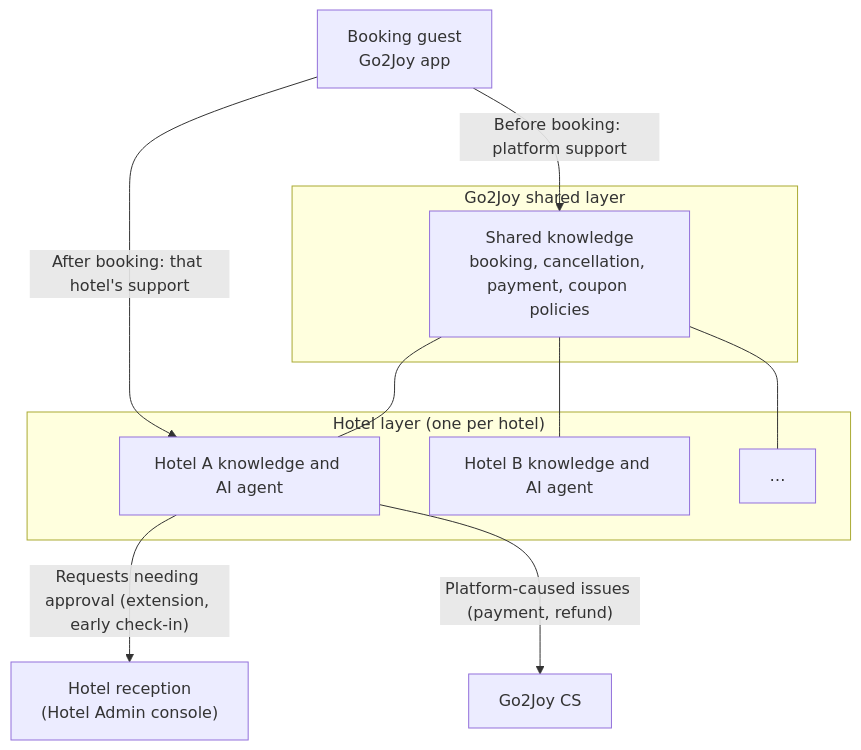
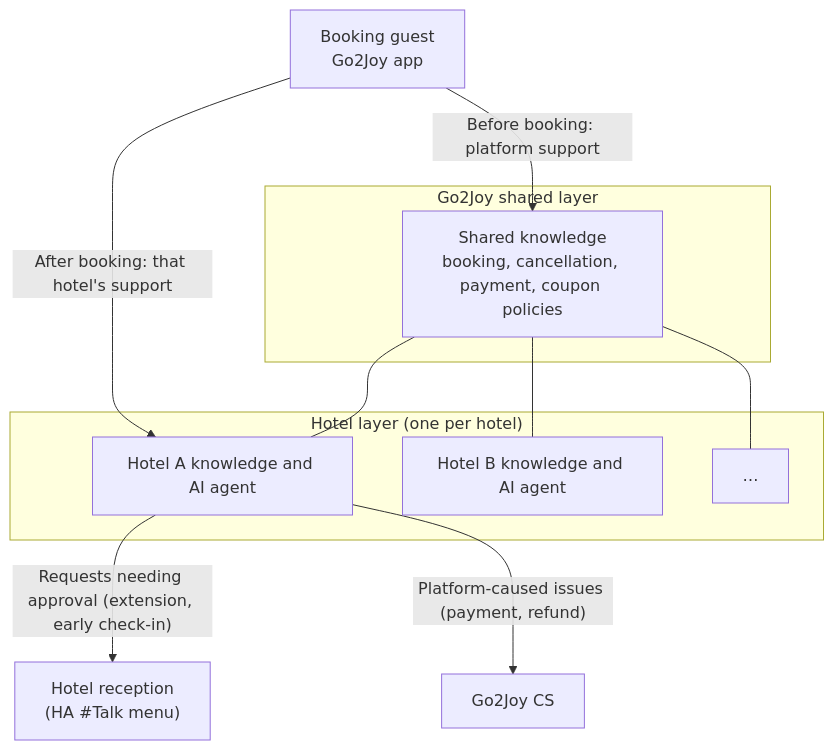
One commit to amoeba-group/btbz-sharp-talk changed diagram 15 of 15 in apps/web/public/manual/go2joy/plan.en.md. Above: the diagram before and after it, drawn with Mermaid. The commit also changed other lines of this file and 13 other files, not shown here.

````diff
--- a/apps/web/public/manual/go2joy/plan.en.md
+++ b/apps/web/public/manual/go2joy/plan.en.md
@@ -728,16 +760,16 @@
 ```mermaid
 flowchart TB
   subgraph Platform["Go2Joy shared layer"]
     PK["Shared knowledge<br/>booking, cancellation, payment, coupon policies"]
   end
   subgraph Hotels["Hotel layer (one per hotel)"]
     H1["Hotel A knowledge and AI agent"]
     H2["Hotel B knowledge and AI agent"]
     H3["…"]
   end
   G["Booking guest<br/>Go2Joy app"] -->|"Before booking: platform support"| PK
   G -->|"After booking: that hotel's support"| H1
-  H1 -->|"Requests needing approval (extension, early check-in)"| FD["Hotel reception<br/>(Hotel Admin console)"]
+  H1 -->|"Requests needing approval (extension, early check-in)"| FD["Hotel reception<br/>(HA #Talk menu)"]
   H1 -->|"Platform-caused issues (payment, refund)"| CS["Go2Joy CS"]
   PK --- H1 & H2 & H3
 ```
````
